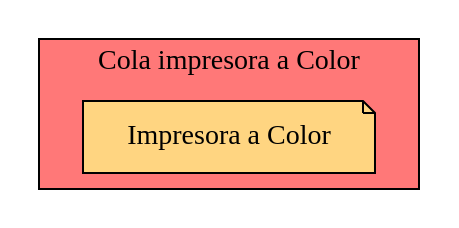
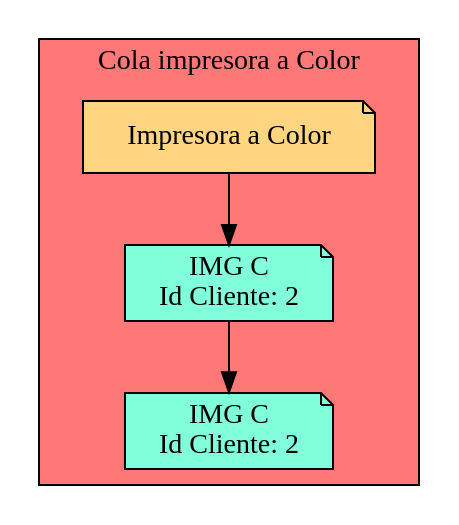
The diagram in Cola_Print_color.dot (Serch-ING/EDD_UDRAWING_202000119), drawn with Graphviz before and after one commit. The commit also changed 12 other files, not shown here.

```diff
--- a/Cola_Print_color.dot
+++ b/Cola_Print_color.dot
@@ -1,6 +1,13 @@
 digraph L {
 node[shape=note fillcolor="#A181FF" style =filled]
 subgraph cluster_p{
     label= " Cola impresora a Color "
  raiz[label = "Impresora a Color" fillcolor="#FFD581" ]    bgcolor = "#FF7878"
+Nodo1546693040[label="IMG C 
+Id Cliente: 2",fillcolor="#81FFDA"]
+Nodo501187768[label="IMG C 
+Id Cliente: 2",fillcolor="#81FFDA"]
+
+raiz->Nodo1546693040
+Nodo1546693040 -> Nodo501187768
 }}
```
